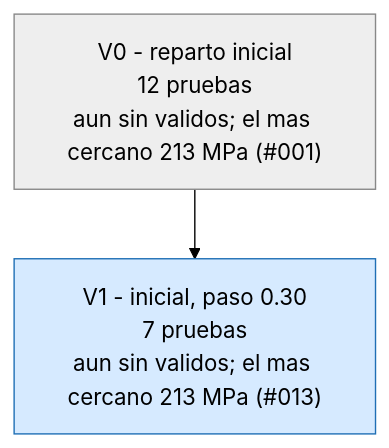
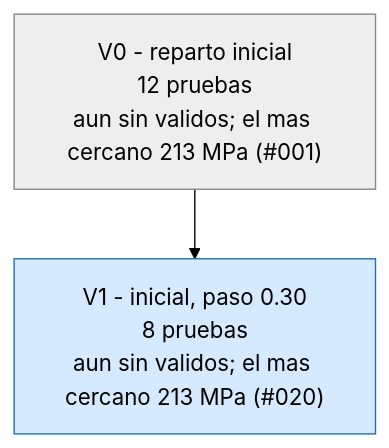
The first of 3 diagrams in runs/opt_37800N/ARBOL.md (Hugiko/msd-soporte-optimizacion), drawn with Mermaid (forest theme) before and after one commit. The commit also changed 21 other files, not shown here.

````diff
--- a/runs/opt_37800N/ARBOL.md
+++ b/runs/opt_37800N/ARBOL.md
@@ -9,9 +9,9 @@
 ```mermaid
 graph TD
 classDef activa fill:#d6eaff,stroke:#1f6fb5,color:#000
 classDef fin fill:#eeeeee,stroke:#888,color:#000
 classDef mejor fill:#c8f0c0,stroke:#1a9850,stroke-width:4px,color:#000
 V0["V0 - reparto inicial<br/>12 pruebas<br/>aun sin validos; el mas cercano 213 MPa (#001)"]:::fin
-V1["V1 - inicial, paso 0.30<br/>7 pruebas<br/>aun sin validos; el mas cercano 213 MPa (#013)"]:::activa
+V1["V1 - inicial, paso 0.30<br/>8 pruebas<br/>aun sin validos; el mas cercano 213 MPa (#020)"]:::activa
 V0 --> V1
 ```
````
